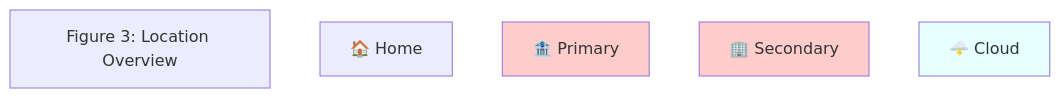
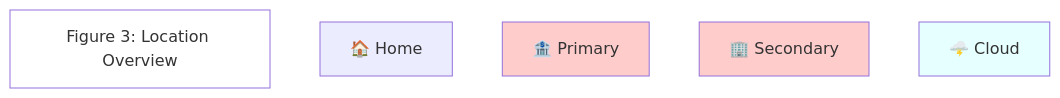
Before and after one commit to BlockchainCommons/SmartCustody: the fourth of 17 diagrams in Docs/Scenario-Multisig.md, drawn with Mermaid.

````diff
--- a/Docs/Scenario-Multisig.md
+++ b/Docs/Scenario-Multisig.md
@@ -196,13 +196,16 @@
 ```mermaid
     graph BT;
     A["🏠 Home"]
     B["🏦 Primary"]
     C["🏢 Secondary"]
     D["🌩️ Cloud"]
     
 style B fill:#ffcccc;
 style C fill:#ffcccc;
 style D fill:#e6ffff;
     
     0["Figure 3: Location Overview"]
+    
+    style 0 fill:#ffffff;
+
 ```
````
